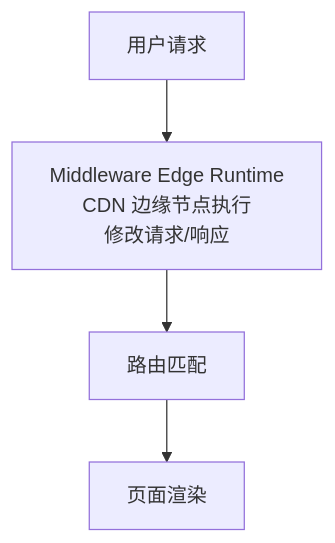
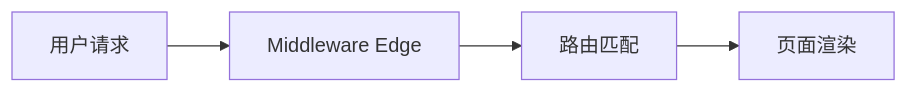
Before and after one commit to JackSmith111977/Knowledge-Base: diagram 20 of 25 in Tech/Frameworks/Next.js/Next.js 核心知识体系.md, drawn with Mermaid. The commit also changed other lines of this file and 32 other files, not shown here.

````diff
--- a/Tech/Frameworks/Next.js/Next.js 核心知识体系.md
+++ b/Tech/Frameworks/Next.js/Next.js 核心知识体系.md
@@ -476,6 +2538,6 @@
 ```mermaid
-flowchart TD
-    A[用户请求] --> B[Middleware Edge Runtime<br/>CDN 边缘节点执行<br/>修改请求/响应]
-    B --> C[路由匹配]
-    C --> D[页面渲染]
+flowchart LR
+    User[用户请求] --> MW[Middleware Edge]
+    MW --> Router[路由匹配]
+    Router --> Render[页面渲染]
 ```
````
